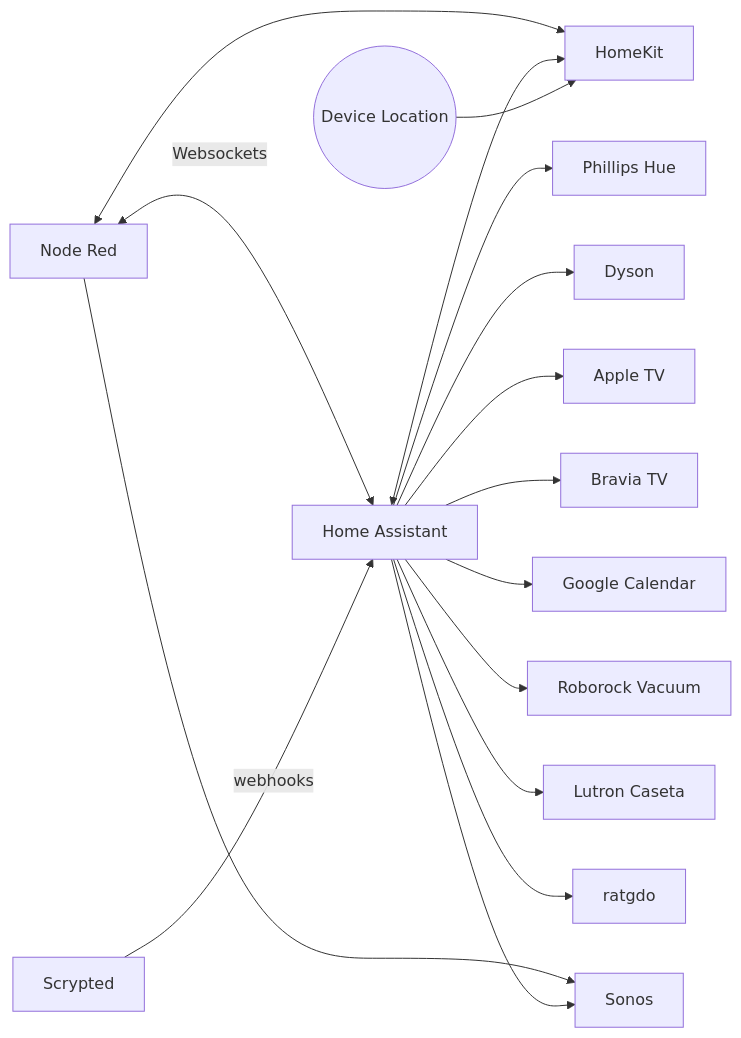
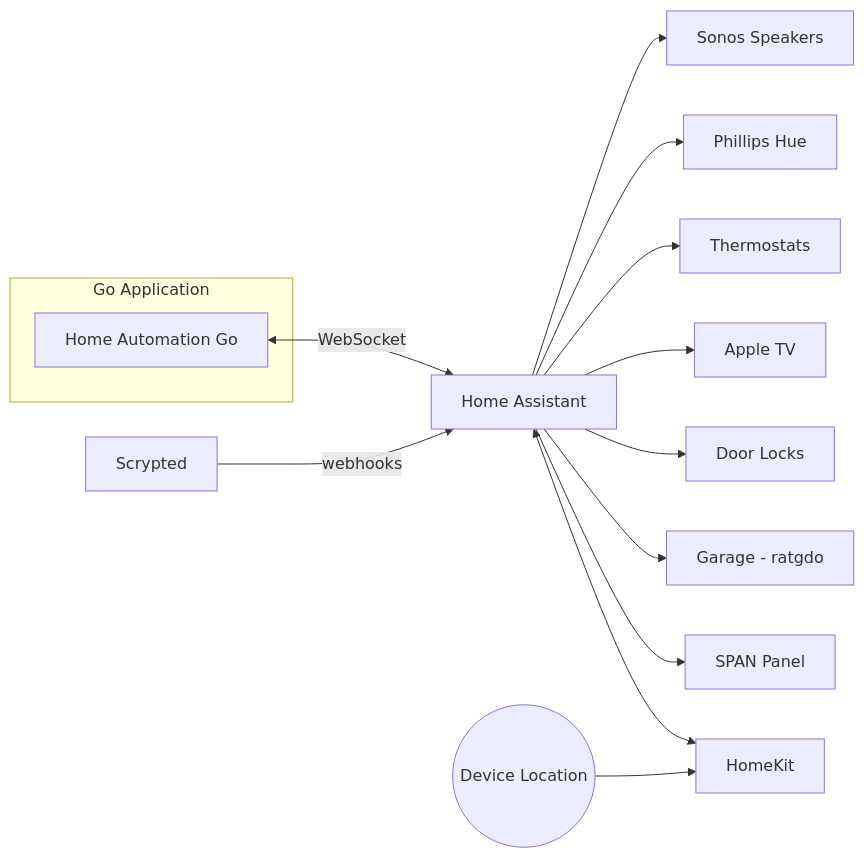
Before and after one commit to NickBorgers/home-automation: the diagram in README.md, drawn with Mermaid. The commit also changed other lines of this file and 3 other files, not shown here.

````diff
--- a/README.md
+++ b/README.md
@@ -15,19 +7,17 @@
 ```mermaid
 flowchart LR
-
-A[Node Red] <--> |Websockets| B[Home Assistant]
-A --> C[Sonos]
-A <--> G[HomeKit]
-B <--> G
-B --> E[Phillips Hue]
-B --> F[Dyson]
-B --> H[Apple TV]
-B --> I[Bravia TV]
-B --> K[Google Calendar]
-B --> J[Roborock Vacuum]
-B --> L[Lutron Caseta]
-B --> M[ratgdo]
-N[Scrypted] --> |webhooks| B
-B --> C
-O((Device Location)) --> G
+    subgraph "Go Application"
+        A[Home Automation Go]
+    end
+    A <-->|WebSocket| B[Home Assistant]
+    B --> C[Sonos Speakers]
+    B --> D[Phillips Hue]
+    B --> E[Thermostats]
+    B --> F[Apple TV]
+    B --> G[Door Locks]
+    B --> H[Garage - ratgdo]
+    B --> I[SPAN Panel]
+    B <--> J[HomeKit]
+    K[Scrypted] -->|webhooks| B
+    L((Device Location)) --> J
 ```
````
